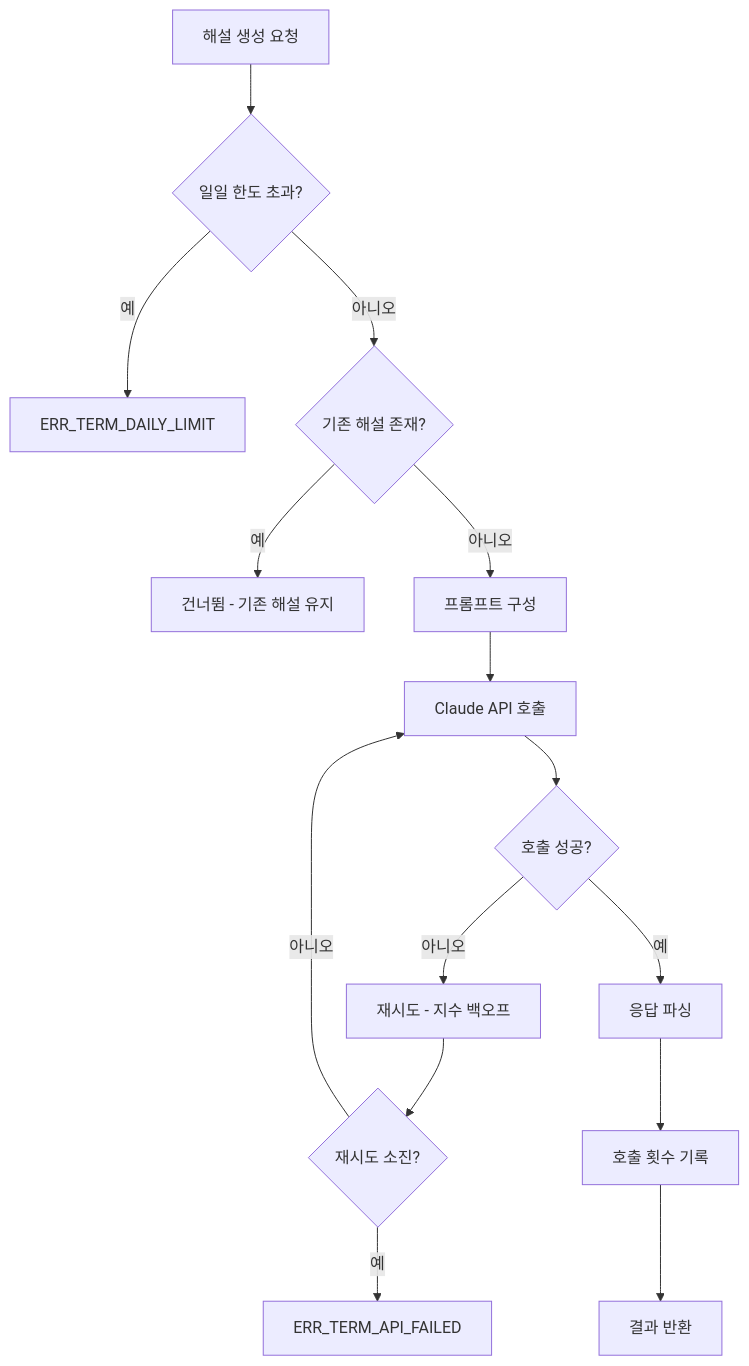
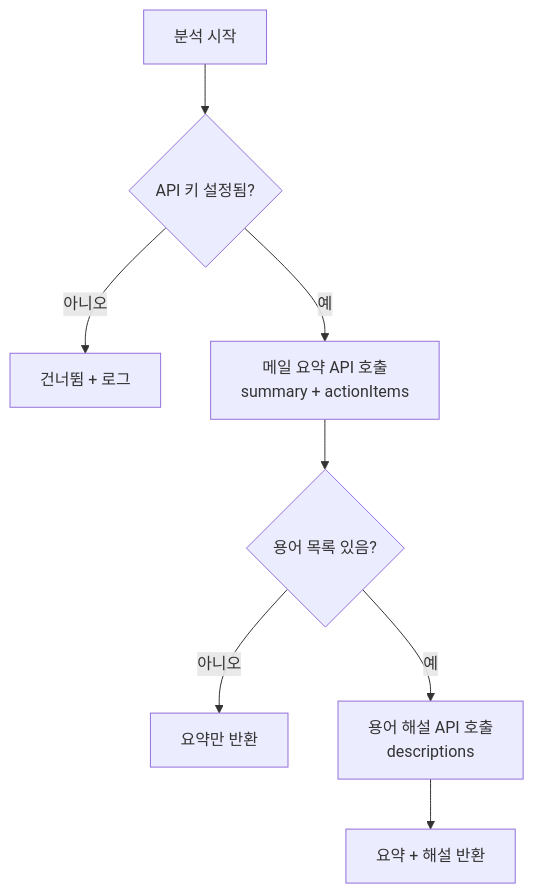
Before and after one commit to woongki-jung/Hackathon: the diagram in docs/specs/functions/func_term-gen-001.md, drawn with Mermaid. The commit also changed other lines of this file and 113 other files, not shown here.

````diff
--- a/docs/specs/functions/func_term-gen-001.md
+++ b/docs/specs/functions/func_term-gen-001.md
@@ -65,17 +65,10 @@
 ```mermaid
 flowchart TD
-    A[해설 생성 요청] --> B{일일 한도 초과?}
-    B -- 예 --> C[ERR_TERM_DAILY_LIMIT]
-    B -- 아니오 --> D{기존 해설 존재?}
-    D -- 예 --> E[건너뜀 - 기존 해설 유지]
-    D -- 아니오 --> F[프롬프트 구성]
-    F --> G[Claude API 호출]
-    G --> H{호출 성공?}
-    H -- 아니오 --> I[재시도 - 지수 백오프]
-    I --> J{재시도 소진?}
-    J -- 예 --> K[ERR_TERM_API_FAILED]
-    J -- 아니오 --> G
-    H -- 예 --> L[응답 파싱]
-    L --> M[호출 횟수 기록]
-    M --> N[결과 반환]
+    A[분석 시작] --> B{API 키 설정됨?}
+    B -- 아니오 --> C[건너뜀 + 로그]
+    B -- 예 --> D[메일 요약 API 호출<br/>summary + actionItems]
+    D --> E{용어 목록 있음?}
+    E -- 아니오 --> F[요약만 반환]
+    E -- 예 --> G[용어 해설 API 호출<br/>descriptions]
+    G --> H[요약 + 해설 반환]
 ```
````
